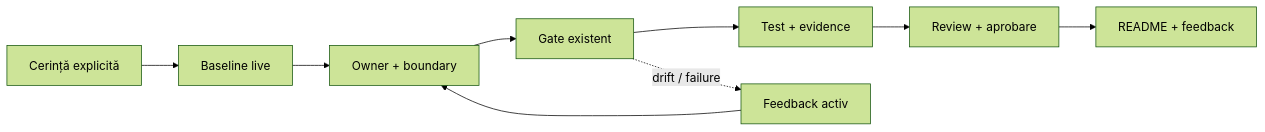
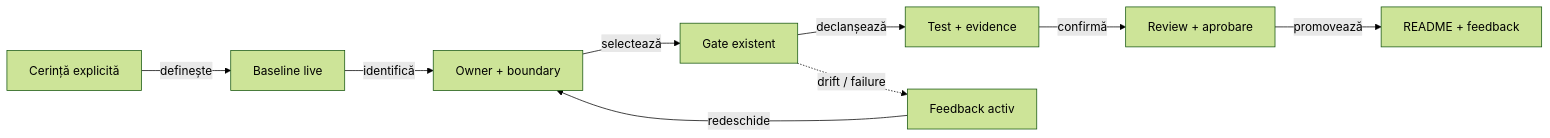
Before and after one commit to crististefanita/demo2: the sixth of 6 diagrams in README.md, drawn with Mermaid (forest theme). The commit also changed other lines of this file and 102 other files, not shown here.

````diff
--- a/README.md
+++ b/README.md
@@ -270,15 +269,20 @@
 ```mermaid
 flowchart LR
     Request[Cerință explicită]
     Baseline[Baseline live]
     Owner[Owner + boundary]
     Gate[Gate existent]
     Evidence[Test + evidence]
     Review[Review + aprobare]
     Sync[README + feedback]
     Feedback[Feedback activ]
 
-    Request --> Baseline --> Owner --> Gate --> Evidence --> Review --> Sync
+    Request -->|definește| Baseline
+    Baseline -->|identifică| Owner
+    Owner -->|selectează| Gate
+    Gate -->|declanșează| Evidence
+    Evidence -->|confirmă| Review
+    Review -->|promovează| Sync
     Gate -. drift / failure .-> Feedback
-    Feedback --> Owner
+    Feedback -->|redeschide| Owner
 ```
````
